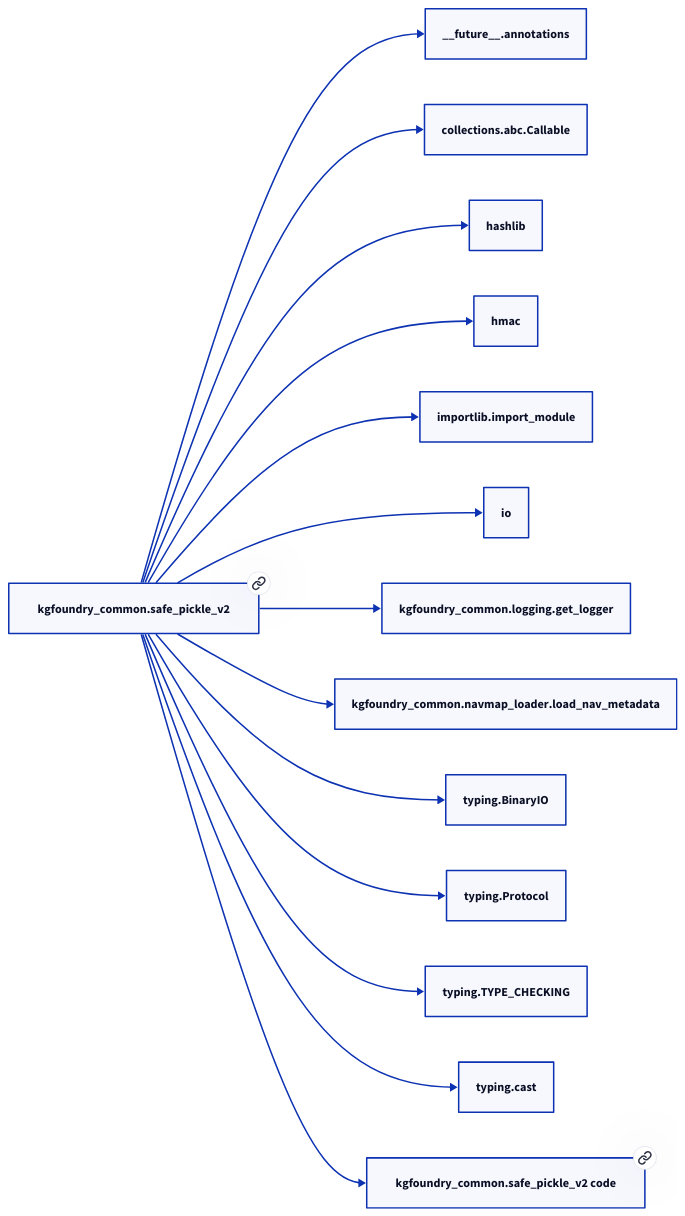
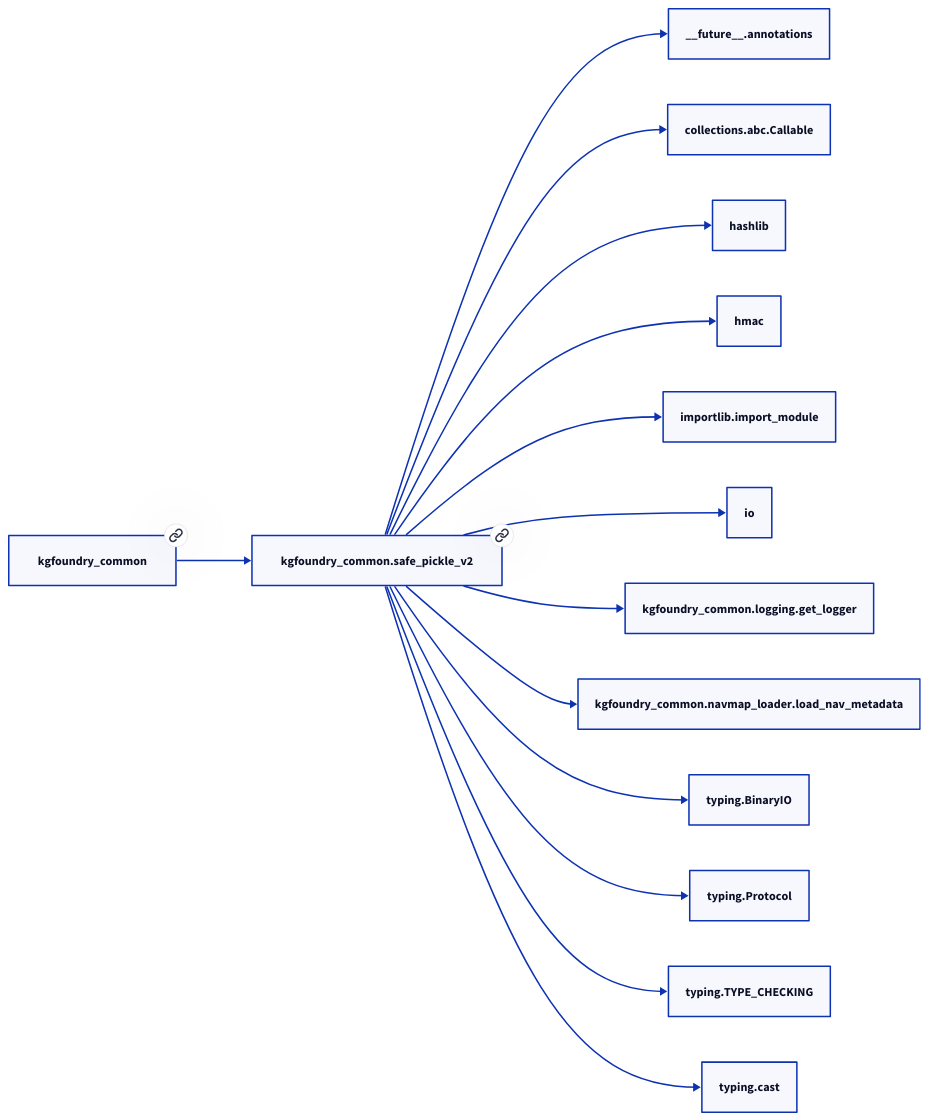
Before and after one commit to paul-heyse/kgforge: the second of 2 diagrams in docs/modules/kgfoundry_common/safe_pickle_v2.md, drawn with D2. The commit also changed other lines of this file and 208 other files, not shown here.

````diff
--- a/docs/modules/kgfoundry_common/safe_pickle_v2.md
+++ b/docs/modules/kgfoundry_common/safe_pickle_v2.md
@@ -107,30 +111,30 @@
 ```d2
 direction: right
-"kgfoundry_common.safe_pickle_v2": "kgfoundry_common.safe_pickle_v2" { link: "./kgfoundry_common/safe_pickle_v2.md" }
+"kgfoundry_common.safe_pickle_v2": "kgfoundry_common.safe_pickle_v2" { link: "https://github.com/paul-heyse/kgfoundry/blob/main/src/kgfoundry_common/safe_pickle_v2.py" }
 "__future__.annotations": "__future__.annotations"
 "kgfoundry_common.safe_pickle_v2" -> "__future__.annotations"
 "collections.abc.Callable": "collections.abc.Callable"
 "kgfoundry_common.safe_pickle_v2" -> "collections.abc.Callable"
 "hashlib": "hashlib"
 "kgfoundry_common.safe_pickle_v2" -> "hashlib"
 "hmac": "hmac"
 "kgfoundry_common.safe_pickle_v2" -> "hmac"
 "importlib.import_module": "importlib.import_module"
 "kgfoundry_common.safe_pickle_v2" -> "importlib.import_module"
 "io": "io"
 "kgfoundry_common.safe_pickle_v2" -> "io"
 "kgfoundry_common.logging.get_logger": "kgfoundry_common.logging.get_logger"
 "kgfoundry_common.safe_pickle_v2" -> "kgfoundry_common.logging.get_logger"
 "kgfoundry_common.navmap_loader.load_nav_metadata": "kgfoundry_common.navmap_loader.load_nav_metadata"
 "kgfoundry_common.safe_pickle_v2" -> "kgfoundry_common.navmap_loader.load_nav_metadata"
 "typing.BinaryIO": "typing.BinaryIO"
 "kgfoundry_common.safe_pickle_v2" -> "typing.BinaryIO"
 "typing.Protocol": "typing.Protocol"
 "kgfoundry_common.safe_pickle_v2" -> "typing.Protocol"
 "typing.TYPE_CHECKING": "typing.TYPE_CHECKING"
 "kgfoundry_common.safe_pickle_v2" -> "typing.TYPE_CHECKING"
 "typing.cast": "typing.cast"
 "kgfoundry_common.safe_pickle_v2" -> "typing.cast"
-"kgfoundry_common.safe_pickle_v2_code": "kgfoundry_common.safe_pickle_v2 code" { link: "https://github.com/kgfoundry/kgfoundry/blob/main/src/kgfoundry_common/safe_pickle_v2.py" }
-"kgfoundry_common.safe_pickle_v2" -> "kgfoundry_common.safe_pickle_v2_code" { style: dashed }
+"kgfoundry_common": "kgfoundry_common" { link: "https://github.com/paul-heyse/kgfoundry/blob/main/src/kgfoundry_common/__init__.py" }
+"kgfoundry_common" -> "kgfoundry_common.safe_pickle_v2" { style: dashed }
 ```
````
